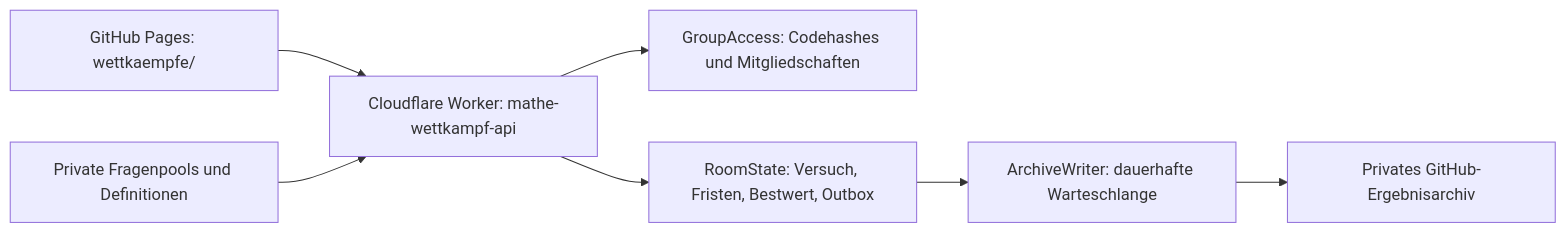
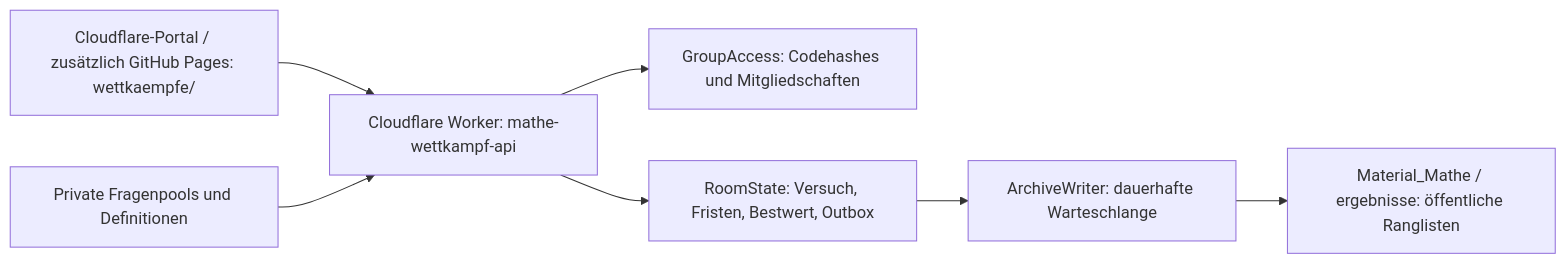
Before and after one commit to Hardenacke/Material_Mathe: the diagram in dokumentation/WETTBEWERBE.md, drawn with Mermaid. The commit also changed other lines of this file and 39 other files, not shown here.

````diff
--- a/dokumentation/WETTBEWERBE.md
+++ b/dokumentation/WETTBEWERBE.md
@@ -71,9 +97,9 @@
 ```mermaid
 flowchart LR
-    P["GitHub Pages: wettkaempfe/"] --> W["Cloudflare Worker: mathe-wettkampf-api"]
+    P["Cloudflare-Portal / zusätzlich GitHub Pages: wettkaempfe/"] --> W["Cloudflare Worker: mathe-wettkampf-api"]
     W --> G["GroupAccess: Codehashes und Mitgliedschaften"]
     W --> R["RoomState: Versuch, Fristen, Bestwert, Outbox"]
     R --> A["ArchiveWriter: dauerhafte Warteschlange"]
-    A --> E["Privates GitHub-Ergebnisarchiv"]
+    A --> E["Material_Mathe / ergebnisse: öffentliche Ranglisten"]
     Q["Private Fragenpools und Definitionen"] --> W
 ```
````
